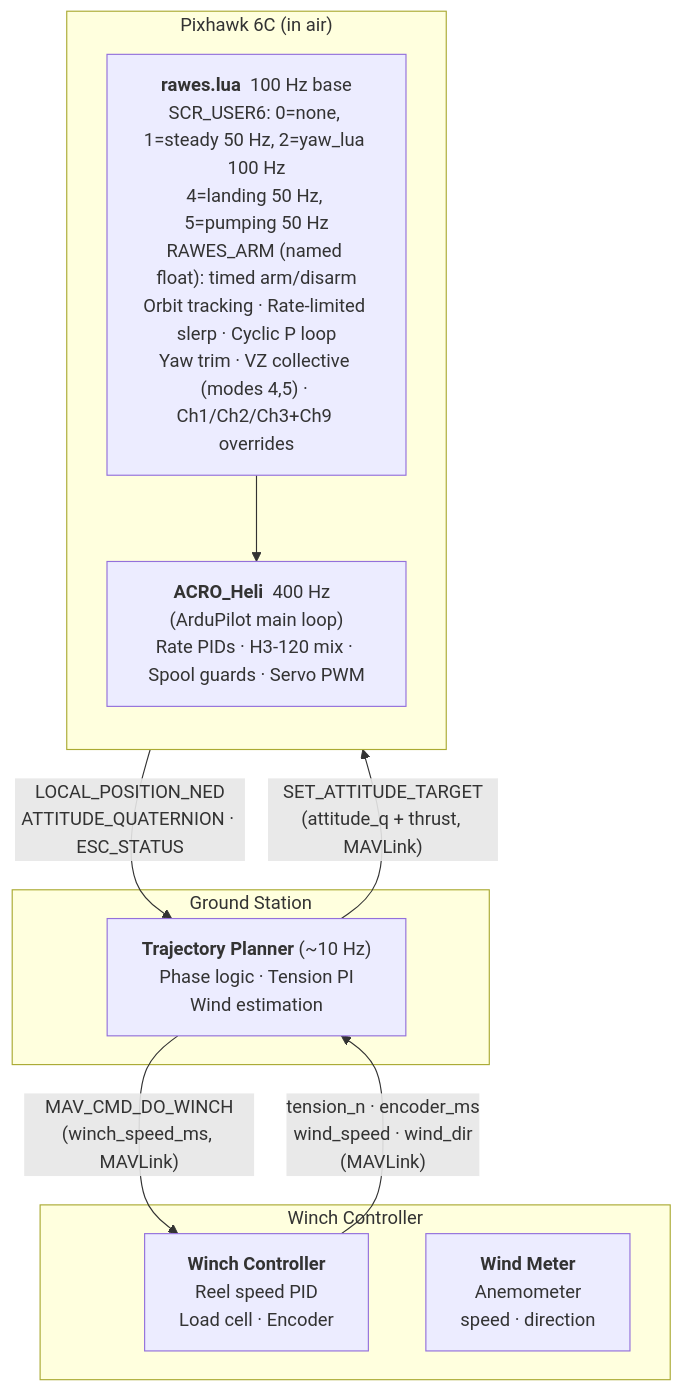
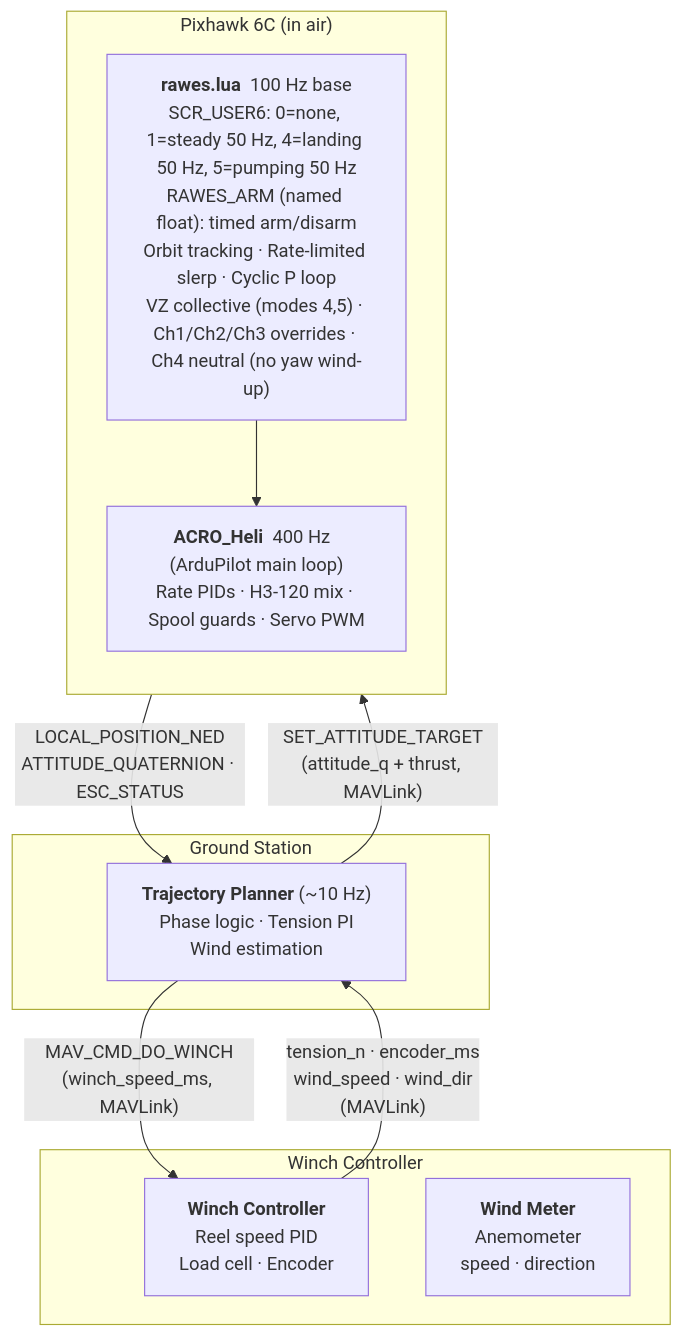
Before and after one commit to mcroomp/windpower: the first of 3 diagrams in system/stack.md, drawn with Mermaid. The commit also changed other lines of this file and 4 other files, not shown here.

````diff
--- a/system/stack.md
+++ b/system/stack.md
@@ -14,23 +14,23 @@
 ```mermaid
 flowchart TB
     subgraph WC["Winch Controller"]
         WCI["<b>Winch Controller</b><BR/>Reel speed PID<BR/>Load cell · Encoder"]
         WM["<b>Wind Meter</b><BR/>Anemometer<BR/>speed · direction"]
     end
 
     subgraph GS["Ground Station"]
         TP["<b>Trajectory Planner</b> (~10 Hz)<BR/>Phase logic · Tension PI<BR/>Wind estimation"]
     end
 
     subgraph PX["Pixhawk 6C (in air)"]
         direction TB
-        LUA["<b>rawes.lua</b>  100 Hz base<BR/>SCR_USER6: 0=none, 1=steady 50 Hz, 2=yaw_lua 100 Hz<BR/>4=landing 50 Hz, 5=pumping 50 Hz<BR/>RAWES_ARM (named float): timed arm/disarm<BR/>Orbit tracking · Rate-limited slerp · Cyclic P loop<BR/>Yaw trim · VZ collective (modes 4,5) · Ch1/Ch2/Ch3+Ch9 overrides"]
+        LUA["<b>rawes.lua</b>  100 Hz base<BR/>SCR_USER6: 0=none, 1=steady 50 Hz, 4=landing 50 Hz, 5=pumping 50 Hz<BR/>RAWES_ARM (named float): timed arm/disarm<BR/>Orbit tracking · Rate-limited slerp · Cyclic P loop<BR/>VZ collective (modes 4,5) · Ch1/Ch2/Ch3 overrides · Ch4 neutral (no yaw wind-up)"]
         ACRO["<b>ACRO_Heli</b>  400 Hz  (ArduPilot main loop)<BR/>Rate PIDs · H3-120 mix · Spool guards · Servo PWM"]
         LUA --> ACRO
     end
 
     TP -->|"MAV_CMD_DO_WINCH<BR/>(winch_speed_ms, MAVLink)"| WCI
     WCI -->|"tension_n · encoder_ms<BR/>wind_speed · wind_dir<BR/>(MAVLink)"| TP
     TP -->|"SET_ATTITUDE_TARGET<BR/>(attitude_q + thrust, MAVLink)"| PX
     PX -->|"LOCAL_POSITION_NED<BR/>ATTITUDE_QUATERNION · ESC_STATUS"| TP
 ```
````
